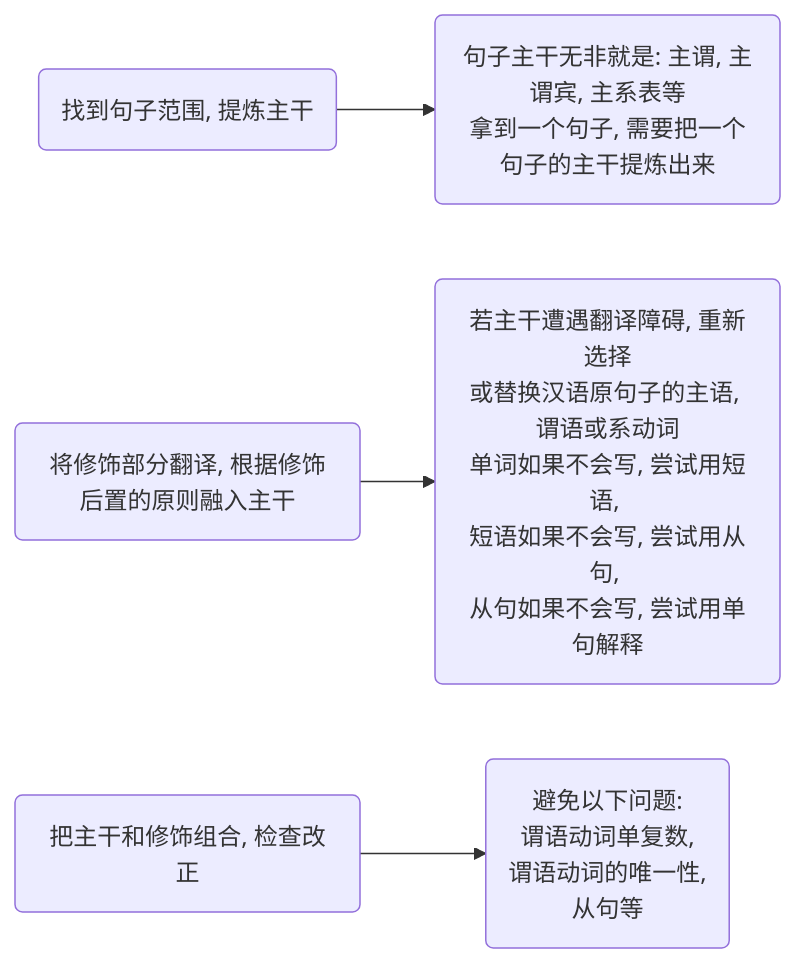
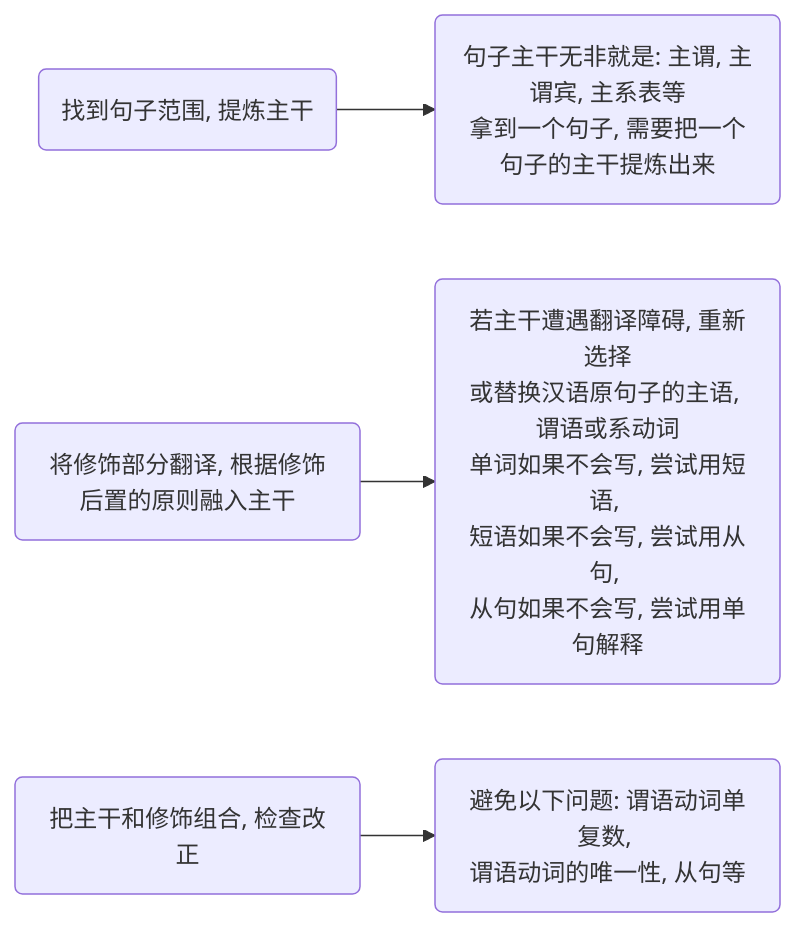
One commit to simoonp/little-project changed the seventh of 7 diagrams in 六级.md. Above: the diagram before and after it, drawn with Mermaid. The commit also changed other lines of this file, not shown here.

````diff
--- a/六级.md
+++ b/六级.md
@@ -356,14 +356,14 @@
 ```mermaid
 graph LR;
 A(找到句子范围, 提炼主干)
 B(句子主干无非就是: 主谓, 主谓宾, 主系表等<br>拿到一个句子, 需要把一个句子的主干提炼出来)
 C(将修饰部分翻译, 根据修饰后置的原则融入主干)
 D(若主干遭遇翻译障碍, 重新选择<br>或替换汉语原句子的主语, 谓语或系动词<br>单词如果不会写, 尝试用短语, <br>短语如果不会写, 尝试用从句, <br>从句如果不会写, 尝试用单句解释)
 E(把主干和修饰组合, 检查改正)
-F(避免以下问题: <br>谓语动词单复数, <br>谓语动词的唯一性, <br>从句等)
+F(避免以下问题: 谓语动词单复数, <br>谓语动词的唯一性, 从句等)
 A-->B
 
 C-->D
 
 E-->F
 ```
````
